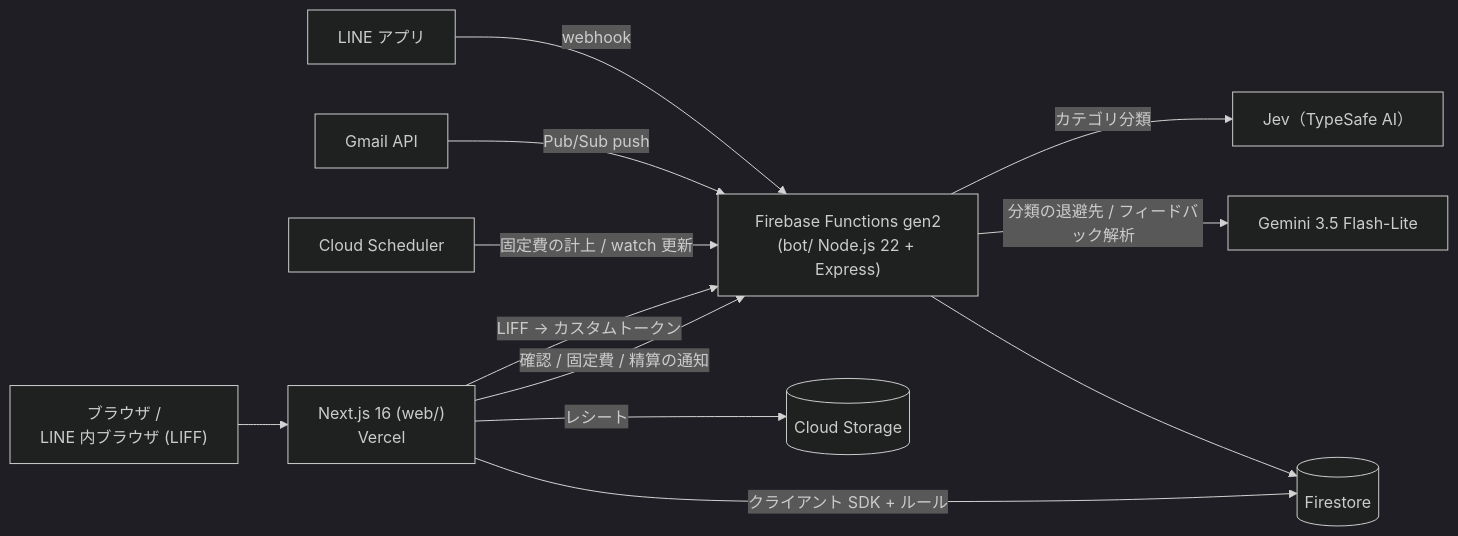
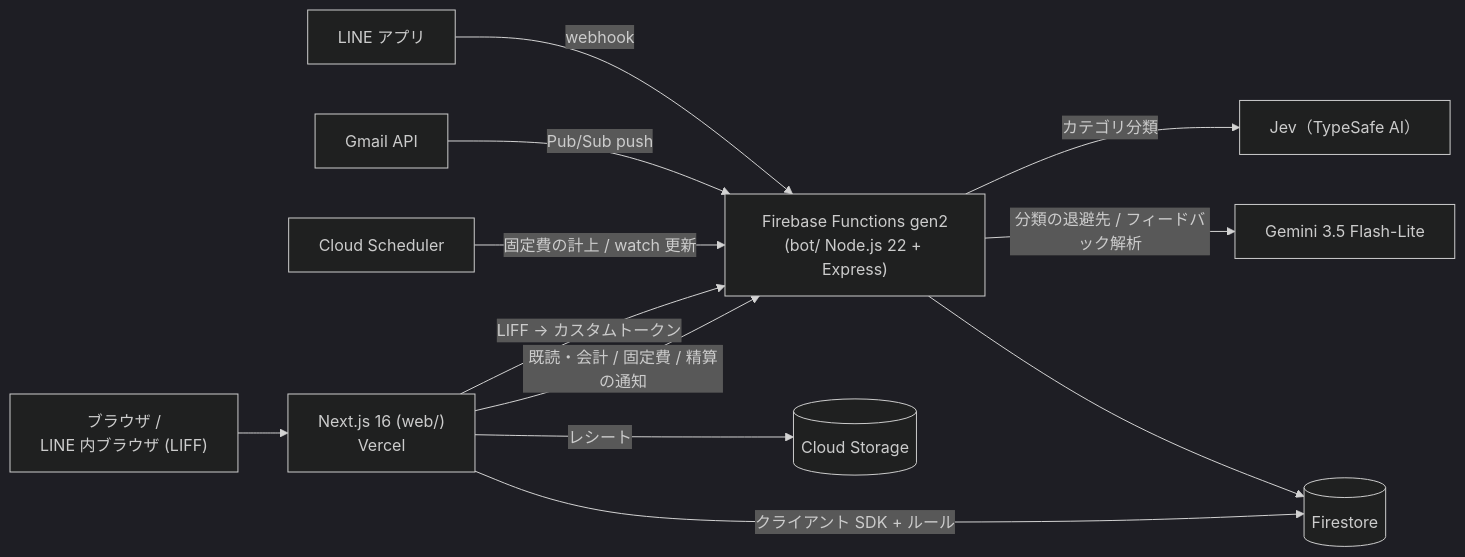
Before and after one commit to Makoto041/line-kakeibo: the diagram in README.md, drawn with Mermaid (dark theme). The commit also changed other lines of this file and 22 other files, not shown here.

````diff
--- a/README.md
+++ b/README.md
@@ -62,14 +62,14 @@
 ```mermaid
 flowchart LR
     LINE["LINE アプリ"] -->|webhook| Bot["Firebase Functions gen2<br/>(bot/ Node.js 22 + Express)"]
     Gmail["Gmail API"] -->|Pub/Sub push| Bot
     Cron["Cloud Scheduler"] -->|固定費の計上 / watch 更新| Bot
     Bot -->|カテゴリ分類| Jev["Jev（TypeSafe AI）"]
     Bot -->|分類の退避先 / フィードバック解析| Gemini["Gemini 3.5 Flash-Lite"]
     Bot --> FS[("Firestore")]
     Browser["ブラウザ /<br/>LINE 内ブラウザ (LIFF)"] --> Web["Next.js 16 (web/)<br/>Vercel"]
     Web -->|LIFF → カスタムトークン| Bot
     Web -->|クライアント SDK + ルール| FS
     Web -->|レシート| ST[("Cloud Storage")]
-    Web -->|確認 / 固定費 / 精算の通知| Bot
+    Web -->|既読・会計 / 固定費 / 精算の通知| Bot
 ```
````
